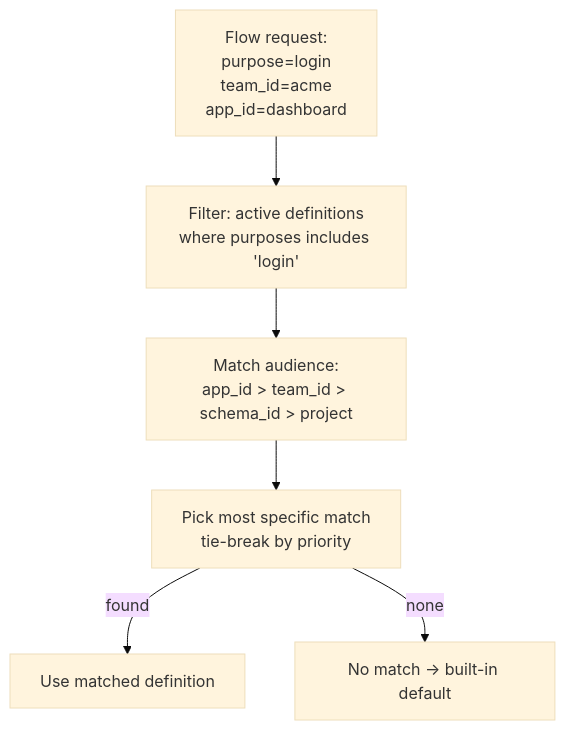
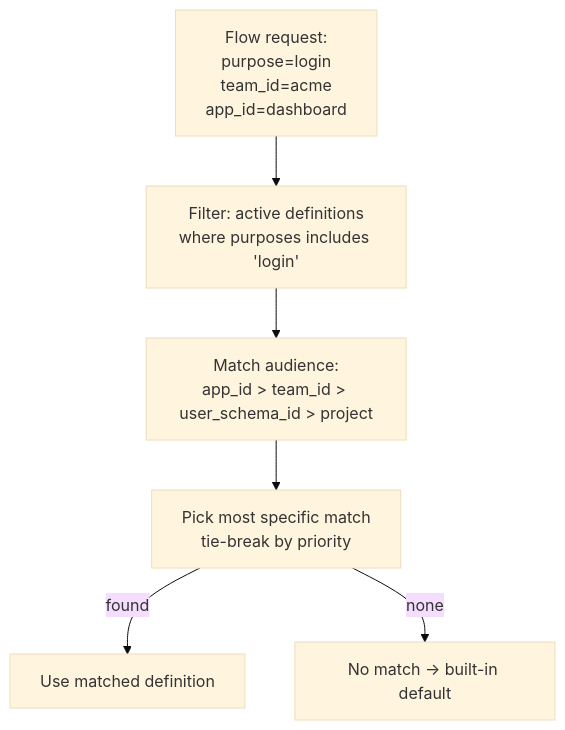
The sixth of 10 diagrams in docs/design/flowengine/flow-engine-guide.md (zitadel/nextgen), drawn with Mermaid (base theme) before and after one commit. The commit also changed other lines of this file and 10 other files, not shown here.

First line of the commit message:
refactor: rename SchemaID to UserSchemaID in audience targeting

````diff
--- a/docs/design/flowengine/flow-engine-guide.md
+++ b/docs/design/flowengine/flow-engine-guide.md
@@ -415,12 +415,12 @@
 ```mermaid
 flowchart TD
     req["Flow request:<br>purpose=login<br>team_id=acme<br>app_id=dashboard"]
     filter["Filter: active definitions<br>where purposes includes 'login'"]
-    match["Match audience:<br>app_id > team_id > schema_id > project"]
+    match["Match audience:<br>app_id > team_id > user_schema_id > project"]
     pick["Pick most specific match<br>tie-break by priority"]
     fallback["No match → built-in default"]
 
     req --> filter --> match --> pick
     pick -->|found| use["Use matched definition"]
     pick -->|none| fallback
 ```
````
